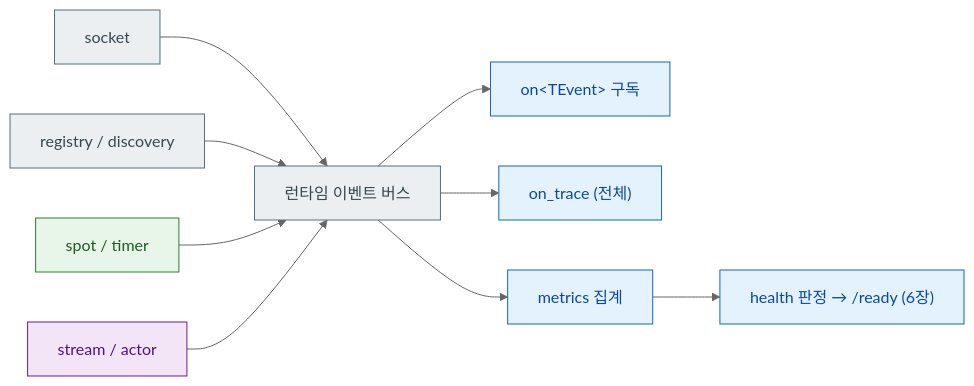
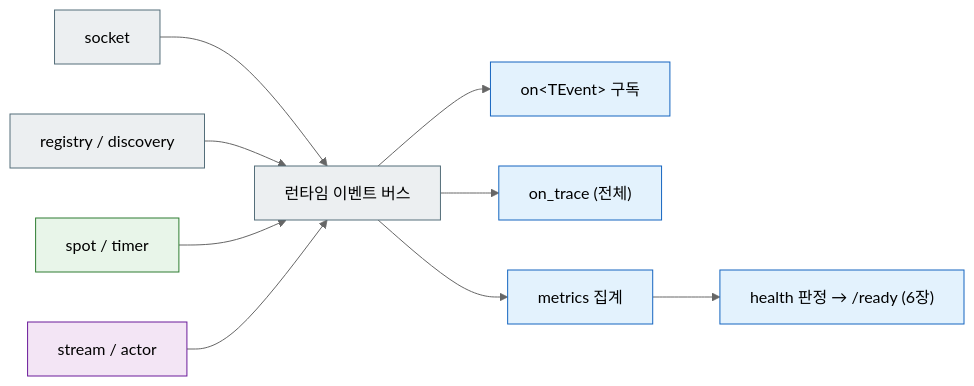
Before and after one commit to kairos-code-dev/zlink: the diagram in framework/languages/cpp/doc/guide/12-monitoring.ko.md, drawn with Mermaid (neutral theme). The commit also changed 6 other files, not shown here.

First line of the commit message:
docs(cpp): set diagram node text to black for legibility

````diff
--- a/framework/languages/cpp/doc/guide/12-monitoring.ko.md
+++ b/framework/languages/cpp/doc/guide/12-monitoring.ko.md
@@ -72,21 +72,21 @@
 ```mermaid
 flowchart LR
     SRC1["socket"]:::infra
     SRC2["registry / discovery"]:::infra
     SRC3["spot / timer"]:::spot
     SRC4["stream / actor"]:::stream
     BUS["런타임 이벤트 버스"]:::infra
     ON["on&lt;TEvent&gt; 구독"]:::channel
     TRACE["on_trace (전체)"]:::channel
     MET["metrics 집계"]:::channel
     HP["health 판정 → /ready (6장)"]:::channel
 
     SRC1 & SRC2 & SRC3 & SRC4 --> BUS
     BUS --> ON & TRACE & MET
     MET --> HP
 
-    classDef channel fill:#e3f2fd,stroke:#1565c0,color:#0d47a1
-    classDef spot fill:#e8f5e9,stroke:#2e7d32,color:#1b5e20
-    classDef stream fill:#f3e5f5,stroke:#6a1b9a,color:#4a148c
-    classDef infra fill:#eceff1,stroke:#546e7a,color:#37474f
+    classDef channel fill:#e3f2fd,stroke:#1565c0,color:#000000
+    classDef spot fill:#e8f5e9,stroke:#2e7d32,color:#000000
+    classDef stream fill:#f3e5f5,stroke:#6a1b9a,color:#000000
+    classDef infra fill:#eceff1,stroke:#546e7a,color:#000000
 ```
````
